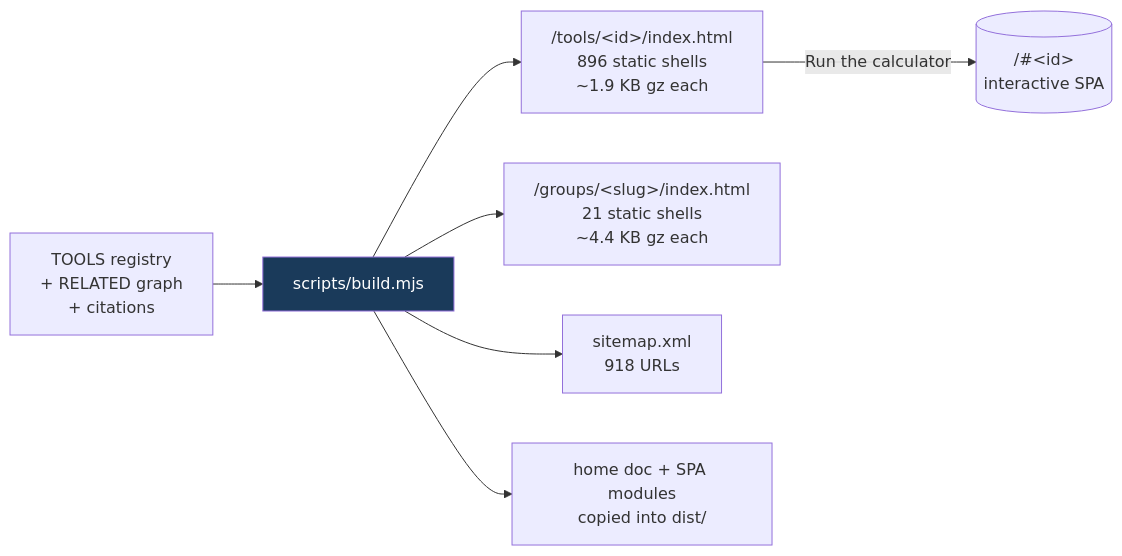
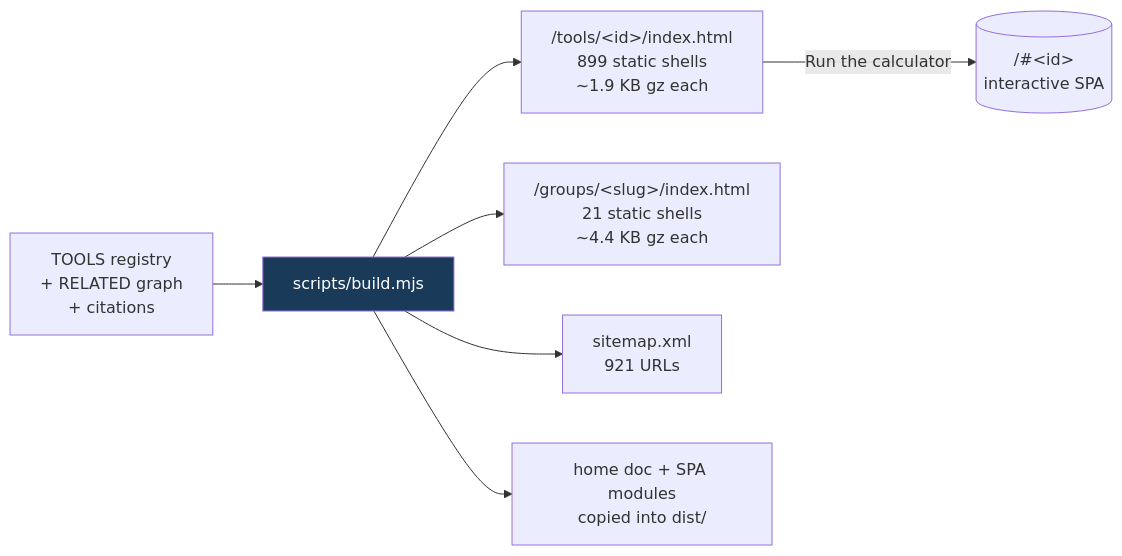
One commit to clay-good/roughlogic.com changed the fifth of 8 diagrams in README.md. Above: the diagram before and after it, drawn with Mermaid. The commit also changed other lines of this file and 19 other files, not shown here.

````diff
--- a/README.md
+++ b/README.md
@@ -495,10 +495,10 @@
 ```mermaid
 flowchart LR
     SRC[TOOLS registry\n+ RELATED graph\n+ citations] --> BUILD[scripts/build.mjs]
-    BUILD --> TILE["/tools/&lt;id&gt;/index.html\n896 static shells\n~1.9 KB gz each"]
+    BUILD --> TILE["/tools/&lt;id&gt;/index.html\n899 static shells\n~1.9 KB gz each"]
     BUILD --> GROUP["/groups/&lt;slug&gt;/index.html\n21 static shells\n~4.4 KB gz each"]
-    BUILD --> MAP["sitemap.xml\n918 URLs"]
+    BUILD --> MAP["sitemap.xml\n921 URLs"]
     BUILD --> COPY[home doc + SPA modules\ncopied into dist/]
     TILE -->|Run the calculator| SPA[("/#&lt;id&gt;\ninteractive SPA")]
     style BUILD fill:#1a3a5a,color:#fff
 ```
````
